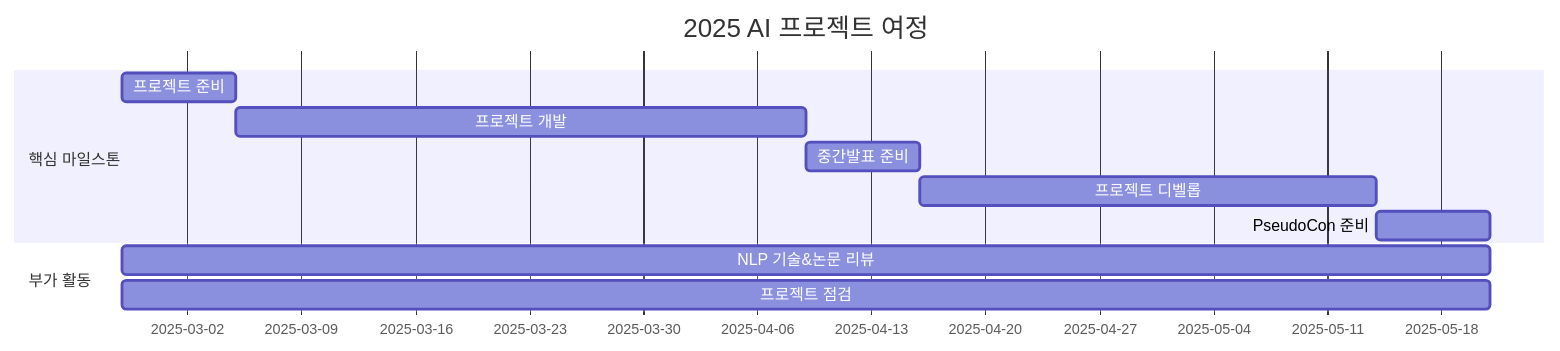
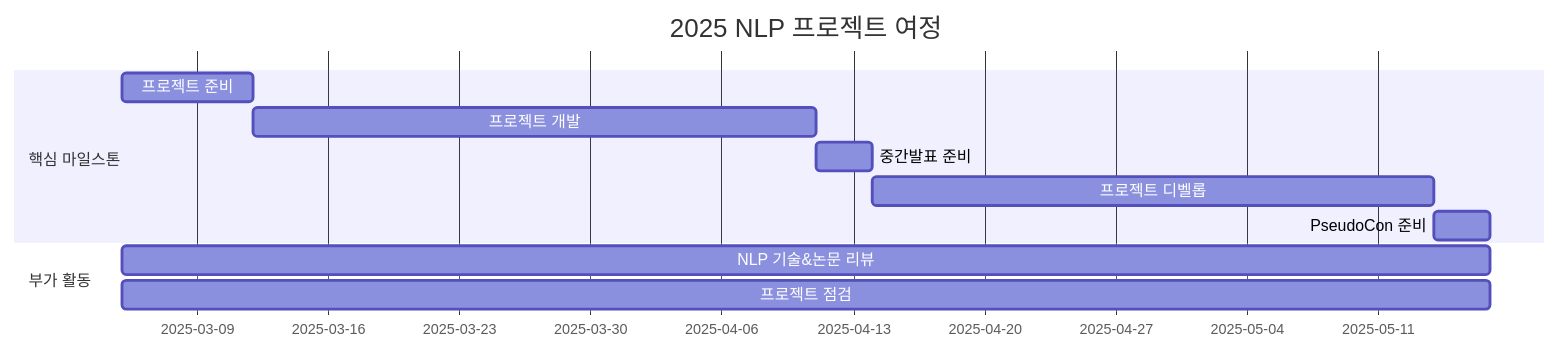
Before and after one commit to Pseudo-Lab/GJS6: the diagram in README.md, drawn with Mermaid. The commit also changed other lines of this file, not shown here.

````diff
--- a/README.md
+++ b/README.md
@@ -55,13 +55,13 @@
 ```mermaid
 gantt
-    title 2025 AI 프로젝트 여정
+    title 2025 NLP 프로젝트 여정
     section 핵심 마일스톤
-    프로젝트 준비    :a1, 2025-02-26, 7d
-    프로젝트 개발    :a2, after a1, 35d
-    중간발표 준비    :a3, after a2, 7d
-    프로젝트 디벨롭  :a4, after a3, 28d
-    PseudoCon 준비  : a5, after a4, 7d
+    프로젝트 준비    :a1, 2025-03-05, 7d
+    프로젝트 개발    :a2, after a1, 30d
+    중간발표 준비    :a3, after a2, 3d
+    프로젝트 디벨롭  :a4, after a3, 30d
+    PseudoCon 준비  : a5, after a4, 3d
     section 부가 활동
-    NLP 기술&논문 리뷰     :2025-02-26, 84d
-    프로젝트 점검          :2025-02-26, 84d
+    NLP 기술&논문 리뷰     :2025-03-05, 73d
+    프로젝트 점검          :2025-03-05, 73d
 ```
````
